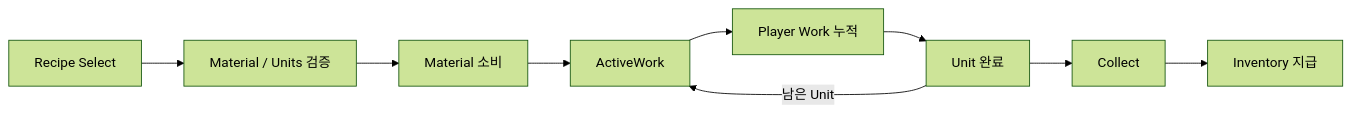
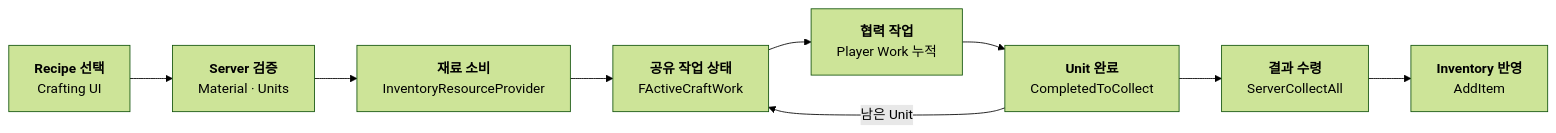
One commit to chungheonLee0325/Sonheim changed the second of 3 diagrams in Doc/Wiki/07_Inventory_Crafting.md. Above: the diagram before and after it, drawn with Mermaid (forest theme). The commit also changed other lines of this file, not shown here.

Commit message:
docs: add equipment examples and inventory ui data flow

```diff
--- a/Doc/Wiki/07_Inventory_Crafting.md
+++ b/Doc/Wiki/07_Inventory_Crafting.md
@@ -277,20 +311,20 @@
 ~~~mermaid
 flowchart LR
-    SELECT["Recipe Select"]
-    VALIDATE["Material / Units 검증"]
-    CONSUME["Material 소비"]
-    WORK["ActiveWork"]
-    ADD["Player Work 누적"]
-    DONE["Unit 완료"]
-    COLLECT["Collect"]
-    INV["Inventory 지급"]
+    SELECT["<b>Recipe 선택</b><br/>Crafting UI"]
+    VALIDATE["<b>Server 검증</b><br/>Material · Units"]
+    CONSUME["<b>재료 소비</b><br/>InventoryResourceProvider"]
+    WORK["<b>공유 작업 상태</b><br/>FActiveCraftWork"]
+    ADD["<b>협력 작업</b><br/>Player Work 누적"]
+    DONE["<b>Unit 완료</b><br/>CompletedToCollect"]
+    COLLECT["<b>결과 수령</b><br/>ServerCollectAll"]
+    INV["<b>Inventory 반영</b><br/>AddItem"]
 
     SELECT --> VALIDATE
     VALIDATE --> CONSUME
     CONSUME --> WORK
     WORK --> ADD
     ADD --> DONE
     DONE -->|"남은 Unit"| WORK
     DONE --> COLLECT
     COLLECT --> INV
 ~~~
```
